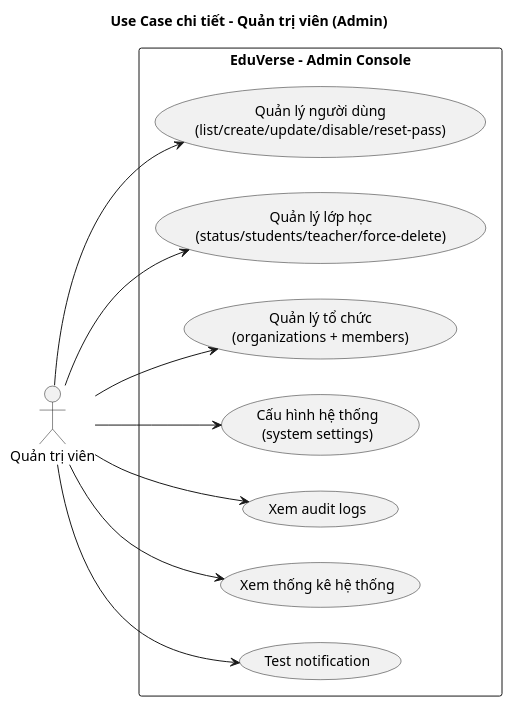
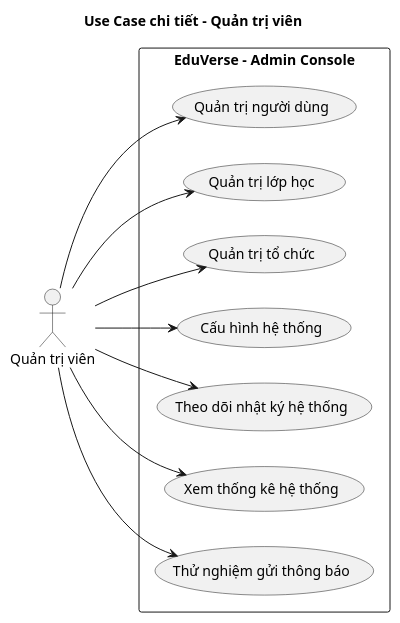
The diagram in docs/luanvan/figures/uml/puml/usecase-admin.puml (Tungggggggggggggg/secondary-lms-system), drawn with PlantUML before and after one commit. The commit also changed 13 other files, not shown here.

First line of the commit message:
Cập nhật và tinh chỉnh các sơ đồ ca sử dụng (Use Case) UML và mô tả

```diff
--- a/docs/luanvan/figures/uml/puml/usecase-admin.puml
+++ b/docs/luanvan/figures/uml/puml/usecase-admin.puml
@@ -1,25 +1,25 @@
 @startuml usecase-admin
 left to right direction
-title Use Case chi tiết - Quản trị viên (Admin)
+title Use Case chi tiết - Quản trị viên
 
 actor "Quản trị viên" as Admin
 
 rectangle "EduVerse - Admin Console" {
-  usecase "Quản lý người dùng\n(list/create/update/disable/reset-pass)" as UC_Users
-  usecase "Quản lý lớp học\n(status/students/teacher/force-delete)" as UC_Classrooms
-  usecase "Quản lý tổ chức\n(organizations + members)" as UC_Orgs
-  usecase "Cấu hình hệ thống\n(system settings)" as UC_Settings
-  usecase "Xem audit logs" as UC_Audit
+  usecase "Quản trị người dùng" as UC_Users
+  usecase "Quản trị lớp học" as UC_Classrooms
+  usecase "Quản trị tổ chức" as UC_Orgs
+  usecase "Cấu hình hệ thống" as UC_Settings
+  usecase "Theo dõi nhật ký hệ thống" as UC_Audit
   usecase "Xem thống kê hệ thống" as UC_Stats
-  usecase "Test notification" as UC_TestNotif
+  usecase "Thử nghiệm gửi thông báo" as UC_TestNotif
 }
 
 Admin --> UC_Users
 Admin --> UC_Classrooms
 Admin --> UC_Orgs
 Admin --> UC_Settings
 Admin --> UC_Audit
 Admin --> UC_Stats
 Admin --> UC_TestNotif
 
 @enduml
```
